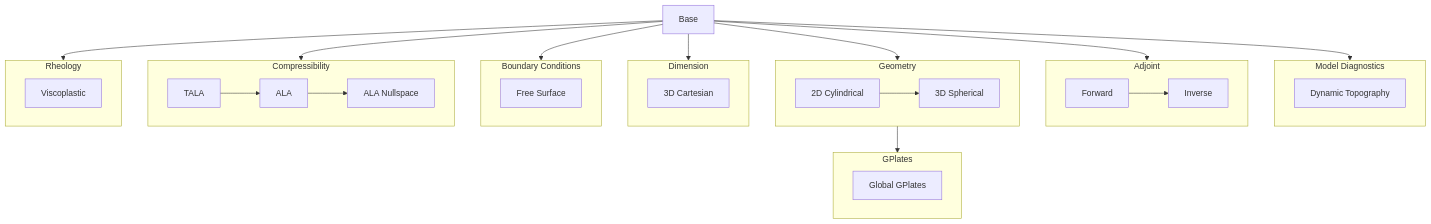
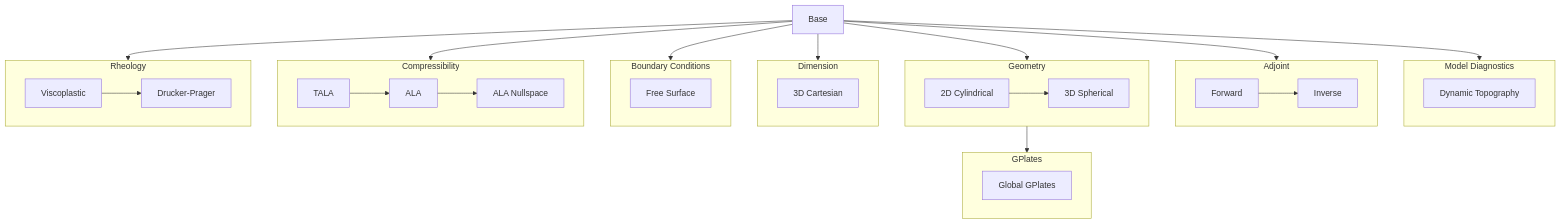
Before and after one commit to g-adopt/g-adopt: the diagram in demos/mantle_convection/.diagram.mermaid, drawn with Mermaid. The commit also changed 6 other files, not shown here.

Commit message:
Drucker prager demo (#325)

```diff
--- a/demos/mantle_convection/.diagram.mermaid
+++ b/demos/mantle_convection/.diagram.mermaid
@@ -1,57 +1,58 @@
 graph TD
   base[Base]
 
   subgraph model_diagnostics[Model Diagnostics]
   dynamic_topography[Dynamic Topography]
   end
 
   subgraph adjoint[Adjoint]
   adjoint_forward[Forward] --> inverse[Inverse]
   end
 
   subgraph geometry[Geometry]
   cylindrical_2d[2D Cylindrical] --> spherical_3d[3D Spherical]
   end
 
   subgraph gplates[GPlates]
   gplates_global["Global GPlates"]
   end
 
   subgraph dimension[Dimension]
   cartesian_3d[3D Cartesian]
   end
 
   subgraph bcs[Boundary Conditions]
   free_surface[Free Surface]
   end
 
   subgraph compressibility[Compressibility]
   tala[TALA] --> ala[ALA] --> visualise_ala[ALA Nullspace]
   end
 
   subgraph rheology[Rheology]
-  viscoplastic[Viscoplastic]
+  viscoplastic[Viscoplastic] --> drucker_prager[Drucker-Prager]
   end
 
   base --> dimension
   base --> compressibility
   base --> rheology
   base --> geometry
   base --> bcs
   base --> adjoint
   base --> model_diagnostics
   geometry --> gplates
 
   click base "base_case"
   click tala "2d_compressible_TALA"
   click ala "2d_compressible_ALA"
   click visualise_ala "visualise_ALA_p_nullspace"
   click viscoplastic "viscoplastic_case"
+  click drucker_prager "Drucker_Prager"
   click cartesian_3d "3d_cartesian"
   click cylindrical_2d "2d_cylindrical"
   click spherical_3d "3d_spherical"
   click gplates_global "gplates_global"
   click adjoint_forward "adjoint_forward"
   click inverse "adjoint"
   click free_surface "free_surface"
   click dynamic_topography "dynamic_topography"
```
